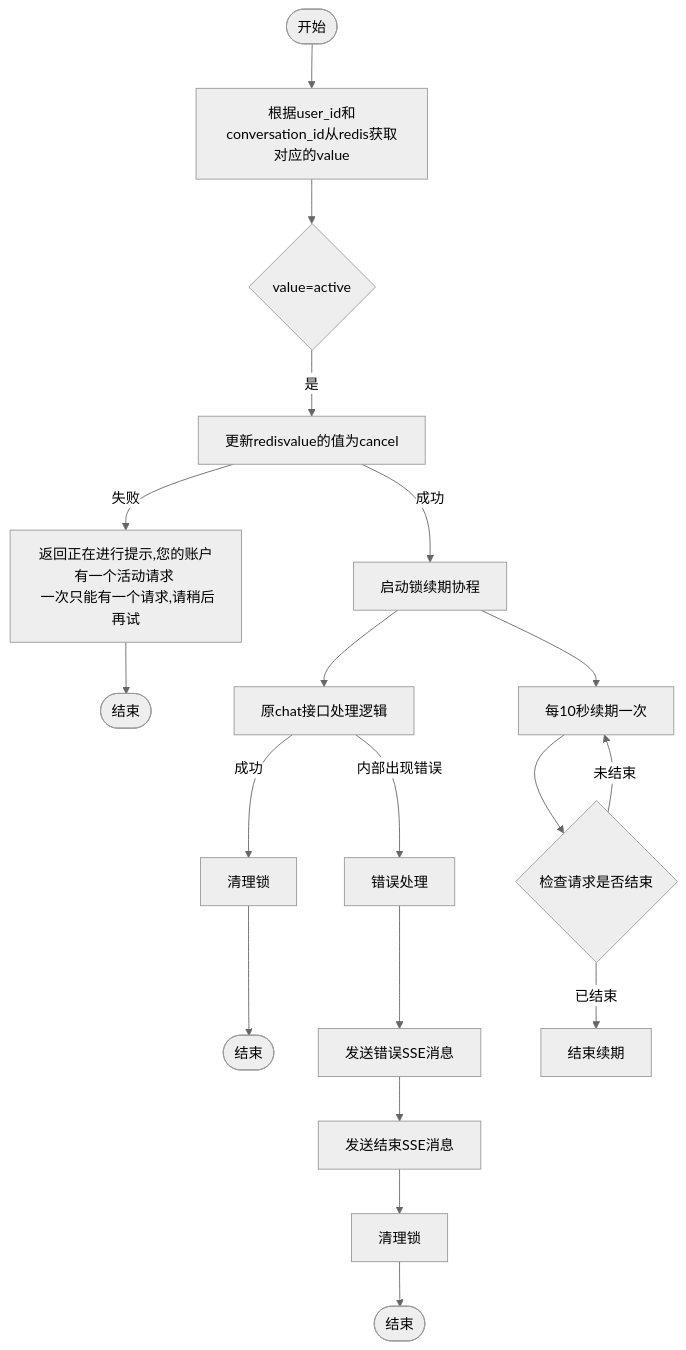
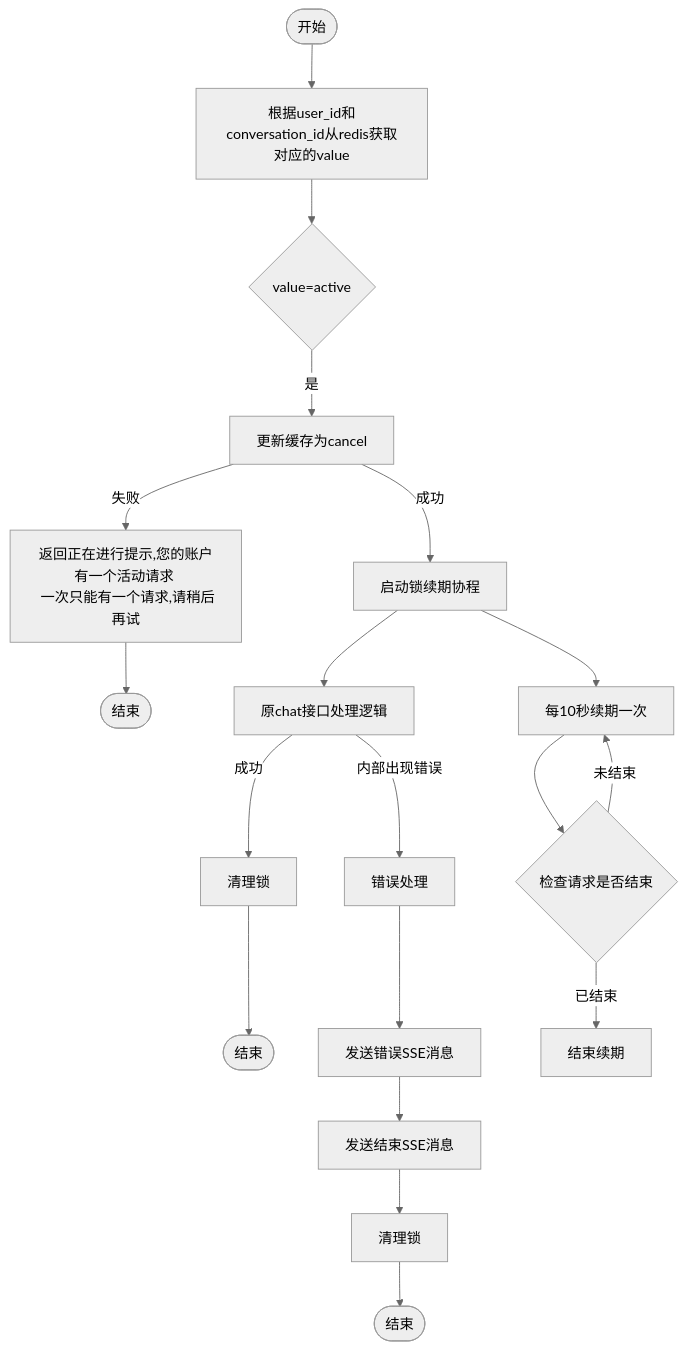
One commit to yingjianzh/iodraw-files changed the diagram in all/未命名-20.md. Above: the diagram before and after it, drawn with Mermaid (neutral theme).

Commit message:
2025-02-05 16:22:36 update

````diff
--- a/all/未命名-20.md
+++ b/all/未命名-20.md
@@ -1,30 +1,30 @@
 ```mermaid
 flowchart TD
     Start([开始]) --> A[根据user_id和conversation_id从redis获取对应的value]
     A --> B{value=active}
-    B --> |是| C[更新redisvalue的值为cancel]
+    B --> |是| C[更新缓存为cancel]
     
     C -->|失败| D[返回正在进行提示,您的账户有一个活动请求 \n 一次只能有一个请求,请稍后再试]
     D --> End1([结束])
     
     C -->|成功| E[启动锁续期协程]
     E --> F[原chat接口处理逻辑]
     
     F -->|内部出现错误| G[错误处理]
      %% 正常结束流程
     F -->|成功| N[清理锁]
     N --> End3([结束])
     
     %% 错误处理流程
     G --> K[发送错误SSE消息]
     K --> L[发送结束SSE消息]
     L --> M[清理锁]
     M --> End2([结束])
     
     %% 锁续期协程
     E --> O[每10秒续期一次]
     O --> P{检查请求是否结束}
     P -->|未结束| O
     P -->|已结束| Q[结束续期]
 
 ```
````
